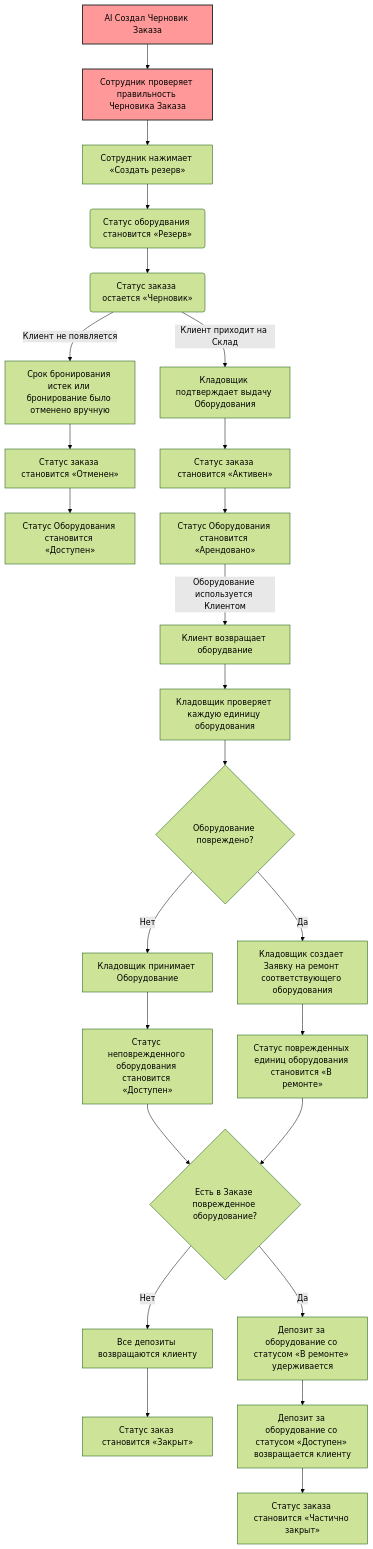
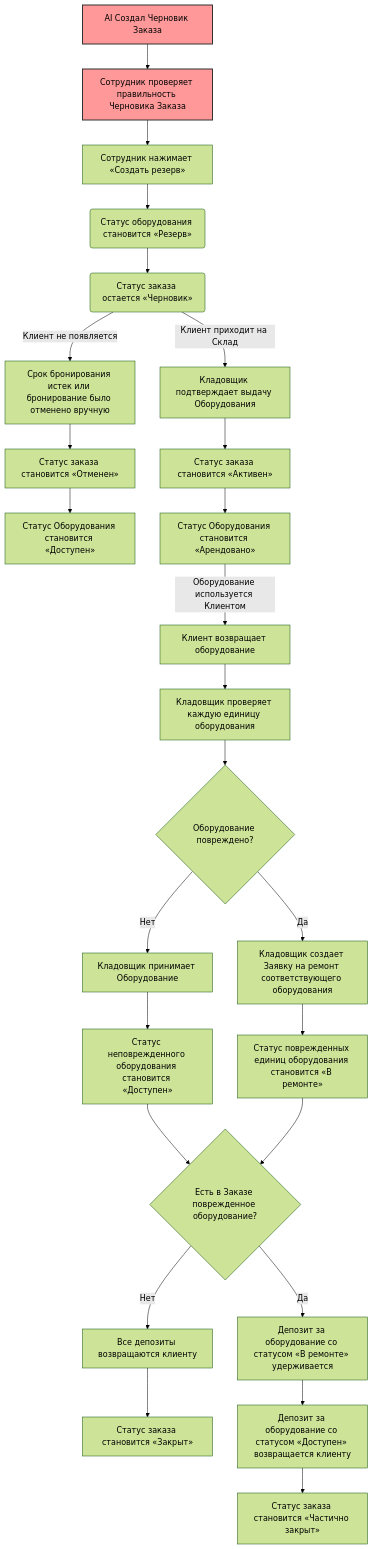
One commit to Diamko94/rentals1 changed the diagram in flowchart4.md. Above: the diagram before and after it, drawn with Mermaid (forest theme).

````diff
--- a/flowchart4.md
+++ b/flowchart4.md
@@ -1,45 +1,45 @@
 ```mermaid
 flowchart TD
 
  %% Выделение цветом
     style D0 fill:#ff9999,stroke:#333,stroke-width:2px
     style D00 fill:#ff9999,stroke:#333,stroke-width:2px
 
   
 
     %% Подтверждение
     D0[AI Создал Черновик Заказа]
     D0 --> D00[Сотрудник проверяет правильность Черновика Заказа]
 
     D00 --> D1[Сотрудник нажимает «Создать резерв»]
-    D1 --> B(Статус оборудвания становится «Резерв»)
+    D1 --> B(Статус оборудования становится «Резерв»)
     B --> B1(Статус заказа остается «Черновик»)
 
 
     %% Выдача
     B1 --> |Клиент приходит на Склад| I[Кладовщик подтверждает выдачу Оборудования]
     B1 --> |Клиент не появляется| E[Срок бронирования истек или бронирование было отменено вручную]
     E --> F[Статус заказа становится «Отменен»]
     I --> J[Статус заказа становится «Активен»]
     F --> C[Статус Оборудования становится «Доступен»]
     J --> X[Статус Оборудования становится «Арендовано»]
 
     %% Возврат
-    X --> |Оборудование используется Клиентом| K[Клиент возвращает оборудвание]
+    X --> |Оборудование используется Клиентом| K[Клиент возвращает оборудование]
     K --> L[Кладовщик проверяет каждую единицу оборудования]
     L --> M{Оборудование повреждено?}
     
     M --> |Да| P[Кладовщик создает Заявку на ремонт соответствующего оборудования]
     P --> R[Статус поврежденных единиц оборудования становится «В ремонте»]
     M --> |Нет| P1[Кладовщик принимает Оборудование]
     P1 --> T[Статус неповрежденного оборудования становится «Доступен»]
 
     %% Расчет
     T --> N{Есть в Заказе поврежденное оборудование?}
     R --> N
     N --> |Нет| Q[Все депозиты возвращаются клиенту]
-    Q --> V[Статус заказ становится «Закрыт»]
+    Q --> V[Статус заказа становится «Закрыт»]
     N --> |Да| S[Депозит за оборудование со статусом «В ремонте» удерживается]
     S --> U[Депозит за оборудование со статусом «Доступен» возвращается клиенту]
     U --> W[Статус заказа становится «Частично закрыт»]
 ```
````
